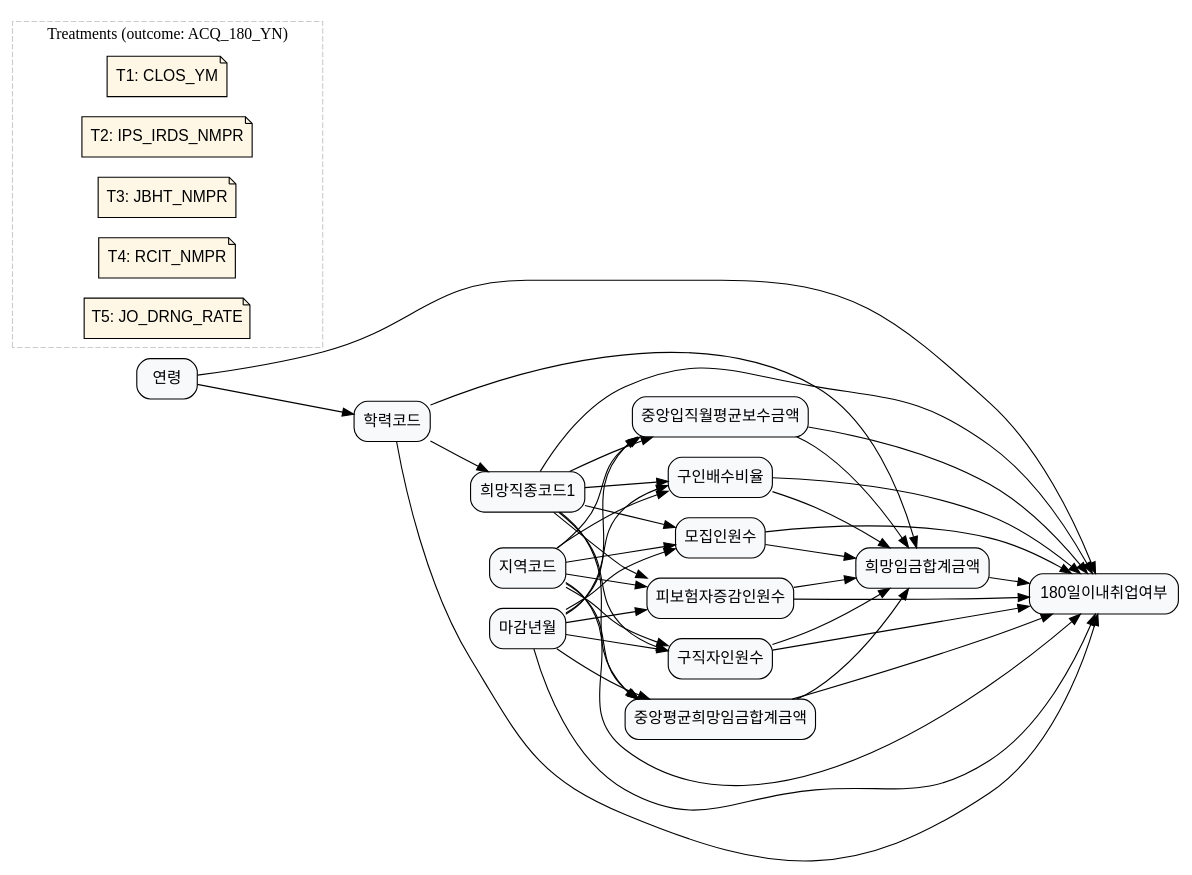
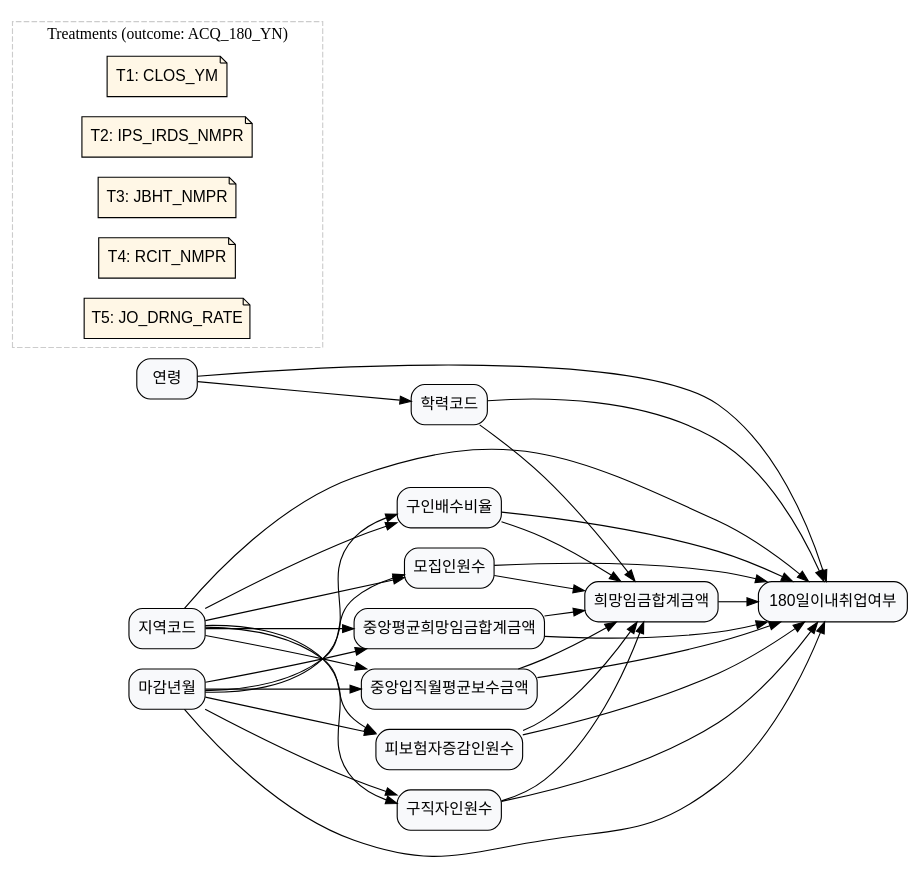
Before and after one commit to KU-LIM-Lab/dowhy-deep: the diagram in laborlab_2/data/graph_data/graph_16.dot, drawn with Graphviz. The commit also changed 12 other files, not shown here.

Commit message:
graphs updated

```diff
--- a/laborlab_2/data/graph_data/graph_16.dot
+++ b/laborlab_2/data/graph_data/graph_16.dot
@@ -1,112 +1,103 @@
 digraph {
     rankdir=LR;
     node [shape=box, style="rounded,filled", fillcolor="#F8F9FB", fontname="Helvetica"];
 
     ACCR_CD [label="학력코드"];
     ACQ_180_YN [label="180일이내취업여부"];
     AGE [label="연령"];
     AREA_CD [label="지역코드"];
     NTR_HOPE_WAGE_SM_AMT [label="중앙평균희망임금합계금액"];
     NTR_OTIO_MYAV_RMNT_AMT [label="중앙입직월평균보수금액"];
     CLOS_YM [label="마감년월"];
-    HOPE_JSCD1 [label="희망직종코드1"];
     HOPE_WAGE_SM_AMT [label="희망임금합계금액"];
     IPS_IRDS_NMPR [label="피보험자증감인원수"];
     JBHT_NMPR [label="구직자인원수"];
     JO_DRNG_RATE [label="구인배수비율"];
     RCIT_NMPR [label="모집인원수"];
 
     AGE -> ACCR_CD;
-    ACCR_CD -> HOPE_JSCD1;
     ACCR_CD -> HOPE_WAGE_SM_AMT;
     AREA_CD -> IPS_IRDS_NMPR;
     AREA_CD -> JBHT_NMPR;
     AREA_CD -> RCIT_NMPR;
     AREA_CD -> JO_DRNG_RATE;
     AREA_CD -> NTR_OTIO_MYAV_RMNT_AMT;
     AREA_CD -> NTR_HOPE_WAGE_SM_AMT;
-    HOPE_JSCD1 -> IPS_IRDS_NMPR;
-    HOPE_JSCD1 -> JBHT_NMPR;
-    HOPE_JSCD1 -> RCIT_NMPR;
-    HOPE_JSCD1 -> JO_DRNG_RATE;
-    HOPE_JSCD1 -> NTR_OTIO_MYAV_RMNT_AMT;
-    HOPE_JSCD1 -> NTR_HOPE_WAGE_SM_AMT;
     CLOS_YM -> IPS_IRDS_NMPR;
     CLOS_YM -> JBHT_NMPR;
     CLOS_YM -> RCIT_NMPR;
     CLOS_YM -> JO_DRNG_RATE;
     CLOS_YM -> NTR_OTIO_MYAV_RMNT_AMT;
     CLOS_YM -> NTR_HOPE_WAGE_SM_AMT;
     IPS_IRDS_NMPR -> HOPE_WAGE_SM_AMT;
     JBHT_NMPR -> HOPE_WAGE_SM_AMT;
     RCIT_NMPR -> HOPE_WAGE_SM_AMT;
     JO_DRNG_RATE -> HOPE_WAGE_SM_AMT;
     NTR_OTIO_MYAV_RMNT_AMT -> HOPE_WAGE_SM_AMT;
     NTR_HOPE_WAGE_SM_AMT -> HOPE_WAGE_SM_AMT;
     IPS_IRDS_NMPR -> ACQ_180_YN;
     JBHT_NMPR -> ACQ_180_YN;
     RCIT_NMPR -> ACQ_180_YN;
     JO_DRNG_RATE -> ACQ_180_YN;
     CLOS_YM -> ACQ_180_YN;
     NTR_OTIO_MYAV_RMNT_AMT -> ACQ_180_YN;
     NTR_HOPE_WAGE_SM_AMT -> ACQ_180_YN;
     AREA_CD -> ACQ_180_YN;
-    HOPE_JSCD1 -> ACQ_180_YN;
     HOPE_WAGE_SM_AMT -> ACQ_180_YN;
     AGE -> ACQ_180_YN;
     ACCR_CD -> ACQ_180_YN;
 
     // Treatments
     subgraph cluster_treatments {
         label="Treatments (outcome: ACQ_180_YN)";
         style=dashed;
         color="#CCCCCC";
         node [shape=note, style="rounded,filled", fillcolor="#FFF7E6", fontname="Helvetica"];
 
         T1 [
             label="T1: CLOS_YM",
             role="treatment_meta",
             treatment_var="CLOS_YM",
             treatment_name="CLOS_YM",
             treatment_def="마감년월(CLOS_YM) 수준 차이가 ACQ_180_YN(180일이내취업여부)에 미치는 인과효과",
             treatment_question="마감년월(CLOS_YM) 수준이 다른 구직자들의 6개월 내 취업 확률은 얼마나 다른가?"
         ];
 
         T2 [
             label="T2: IPS_IRDS_NMPR",
             role="treatment_meta",
             treatment_var="IPS_IRDS_NMPR",
             treatment_name="IPS_IRDS_NMPR",
             treatment_def="피보험자증감인원수(IPS_IRDS_NMPR) 수준 차이가 ACQ_180_YN(180일이내취업여부)에 미치는 인과효과",
             treatment_question="피보험자증감인원수(IPS_IRDS_NMPR) 수준이 다른 구직자들의 6개월 내 취업 확률은 얼마나 다른가?"
         ];
 
         T3 [
             label="T3: JBHT_NMPR",
             role="treatment_meta",
             treatment_var="JBHT_NMPR",
             treatment_name="JBHT_NMPR",
             treatment_def="구직자인원수(JBHT_NMPR) 수준 차이가 ACQ_180_YN(180일이내취업여부)에 미치는 인과효과",
             treatment_question="구직자인원수(JBHT_NMPR) 수준이 다른 구직자들의 6개월 내 취업 확률은 얼마나 다른가?"
         ];
 
         T4 [
             label="T4: RCIT_NMPR",
             role="treatment_meta",
             treatment_var="RCIT_NMPR",
             treatment_name="RCIT_NMPR",
             treatment_def="모집인원수(RCIT_NMPR) 수준 차이가 ACQ_180_YN(180일이내취업여부)에 미치는 인과효과",
             treatment_question="모집인원수(RCIT_NMPR) 수준이 다른 구직자들의 6개월 내 취업 확률은 얼마나 다른가?"
         ];
 
         T5 [
             label="T5: JO_DRNG_RATE",
             role="treatment_meta",
             treatment_var="JO_DRNG_RATE",
             treatment_name="JO_DRNG_RATE",
             treatment_def="구인배수비율(JO_DRNG_RATE) 수준 차이가 ACQ_180_YN(180일이내취업여부)에 미치는 인과효과",
             treatment_question="구인배수비율(JO_DRNG_RATE) 수준이 다른 구직자들의 6개월 내 취업 확률은 얼마나 다른가?"
         ];
 
     }
 }
```
